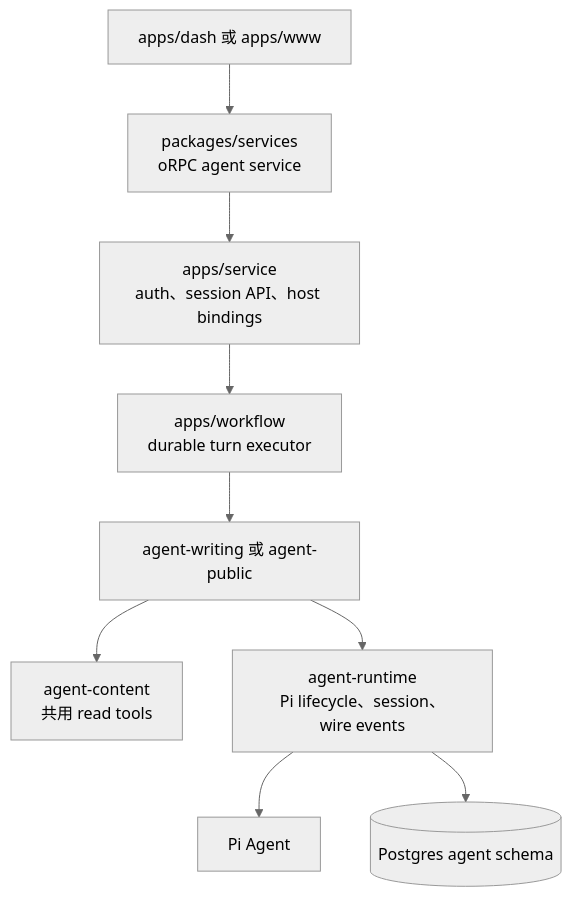
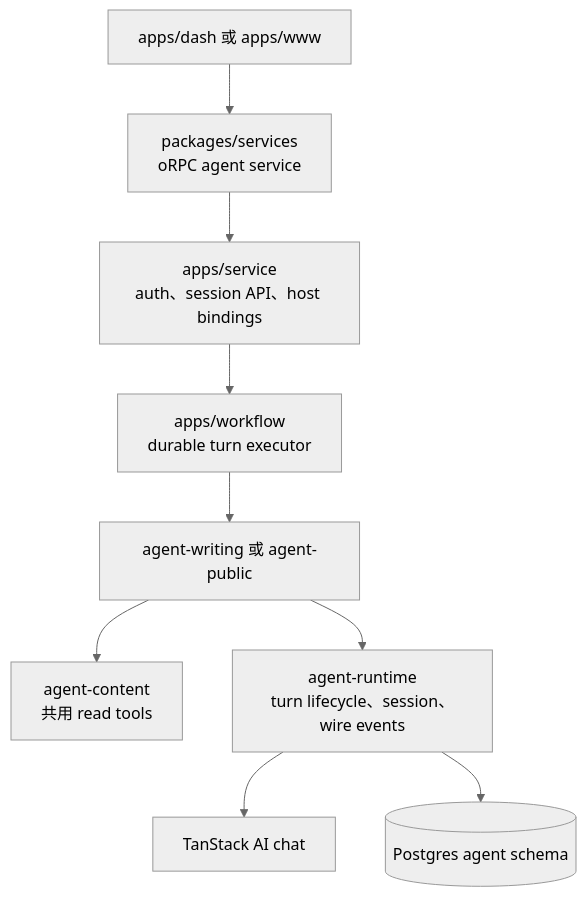
The first of 3 diagrams in docs/agent-architecture.zh.md (Chia1104/chia1104.dev), drawn with Mermaid (neutral theme) before and after one commit. The commit also changed other lines of this file and 3 other files, not shown here.

First line of the commit message:
docs(agent): describe the TanStack AI runtime

````diff
--- a/docs/agent-architecture.zh.md
+++ b/docs/agent-architecture.zh.md
@@ -22,11 +22,11 @@
 ```mermaid
 flowchart TB
     UI[apps/dash 或 apps/www] --> API[packages/services<br/>oRPC agent service]
     API --> SVC[apps/service<br/>auth、session API、host bindings]
     SVC --> WF[apps/workflow<br/>durable turn executor]
     WF --> KIND[agent-writing 或 agent-public]
     KIND --> CONTENT[agent-content<br/>共用 read tools]
-    KIND --> RUNTIME[agent-runtime<br/>Pi lifecycle、session、wire events]
-    RUNTIME --> PI[Pi Agent]
+    KIND --> RUNTIME[agent-runtime<br/>turn lifecycle、session、wire events]
+    RUNTIME --> ENGINE[TanStack AI chat]
     RUNTIME --> PG[(Postgres agent schema)]
 ```
````
